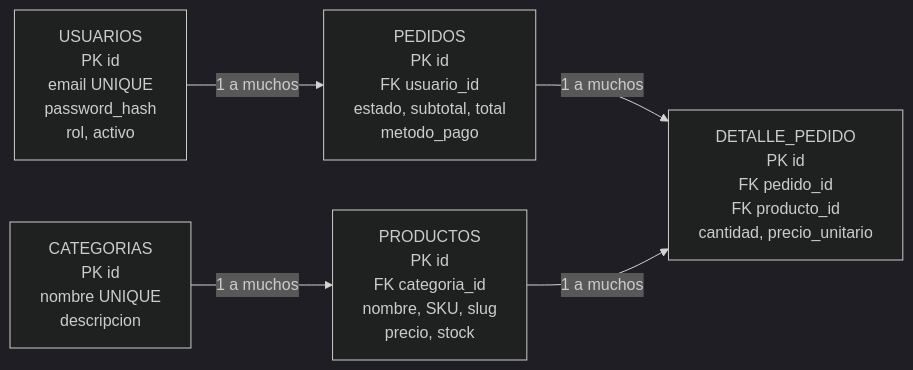
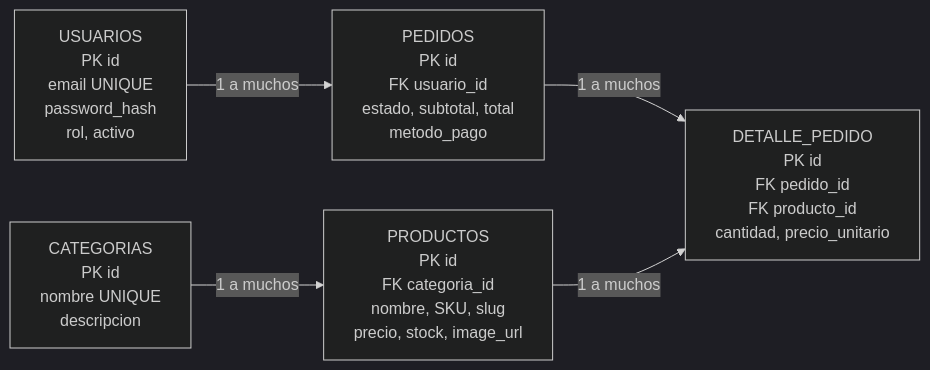
Before and after one commit to JavierMolina069/taller3-ecommerce: the second of 2 diagrams in docs/arquitectura.md, drawn with Mermaid (dark theme). The commit also changed other lines of this file and 16 other files, not shown here.

````diff
--- a/docs/arquitectura.md
+++ b/docs/arquitectura.md
@@ -22,13 +29,13 @@
 ```mermaid
 flowchart LR
   U["USUARIOS<br/>PK id<br/>email UNIQUE<br/>password_hash<br/>rol, activo"]
   C["CATEGORIAS<br/>PK id<br/>nombre UNIQUE<br/>descripcion"]
-  P["PRODUCTOS<br/>PK id<br/>FK categoria_id<br/>nombre, SKU, slug<br/>precio, stock"]
+  P["PRODUCTOS<br/>PK id<br/>FK categoria_id<br/>nombre, SKU, slug<br/>precio, stock, image_url"]
   O["PEDIDOS<br/>PK id<br/>FK usuario_id<br/>estado, subtotal, total<br/>metodo_pago"]
   D["DETALLE_PEDIDO<br/>PK id<br/>FK pedido_id<br/>FK producto_id<br/>cantidad, precio_unitario"]
 
   U -->|"1 a muchos"| O
   C -->|"1 a muchos"| P
   O -->|"1 a muchos"| D
   P -->|"1 a muchos"| D
 ```
````
